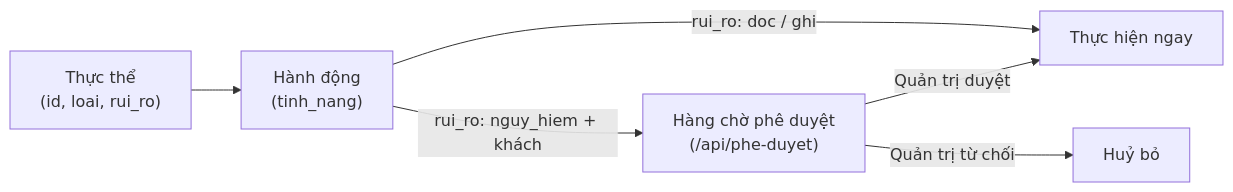
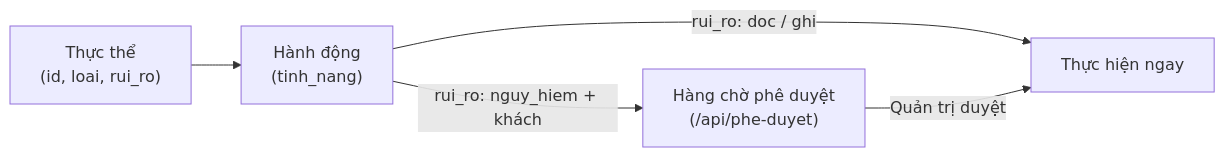
Before and after one commit to TriTue2011/web2api: the sixth of 7 diagrams in docs/THAM-CHIEU.md, drawn with Mermaid. The commit also changed other lines of this file and 7 other files, not shown here.

````diff
--- a/docs/THAM-CHIEU.md
+++ b/docs/THAM-CHIEU.md
@@ -469,8 +469,7 @@
 ```mermaid
 flowchart LR
   TC["Thực thể<br/>(id, loai, rui_ro)"] --> HD["Hành động<br/>(tinh_nang)"]
   HD -->|rui_ro: doc / ghi| TH["Thực hiện ngay"]
   HD -->|rui_ro: nguy_hiem + khách| HC["Hàng chờ phê duyệt<br/>(/api/phe-duyet)"]
   HC -->|Quản trị duyệt| TH
-  HC -->|Quản trị từ chối| HUY["Huỷ bỏ"]
 ```
````
